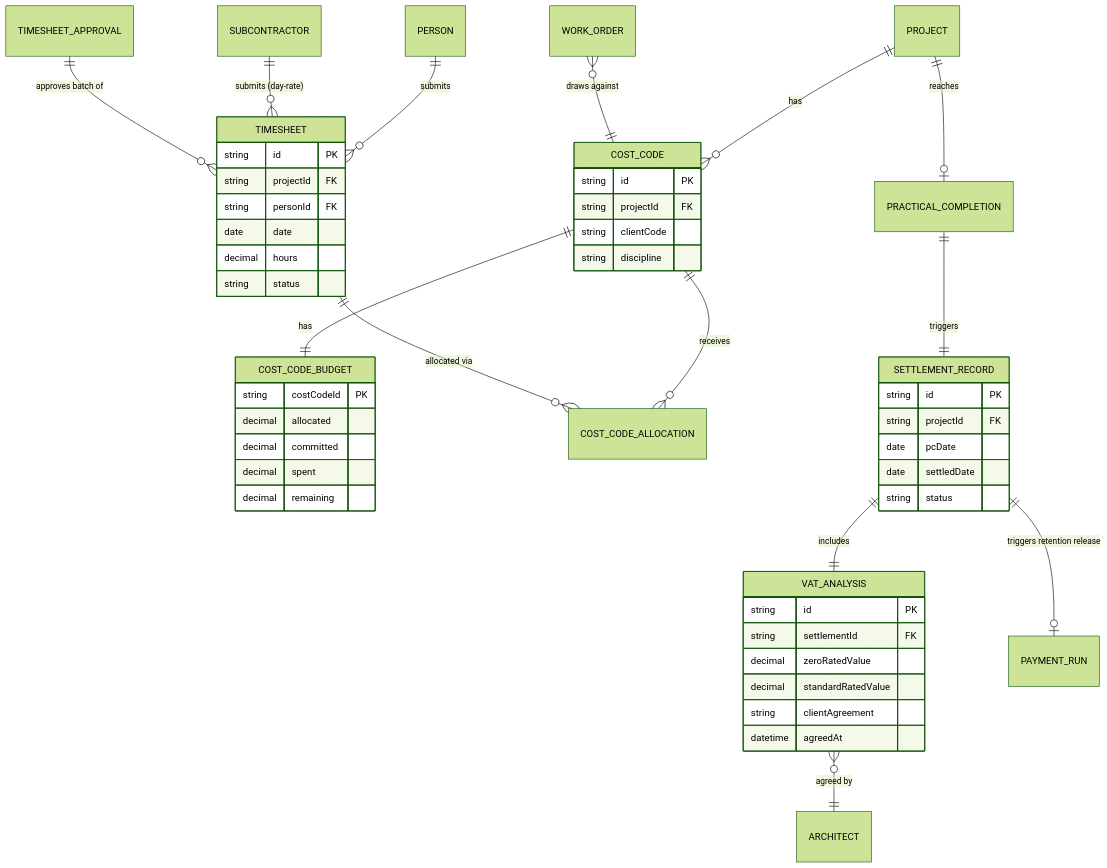
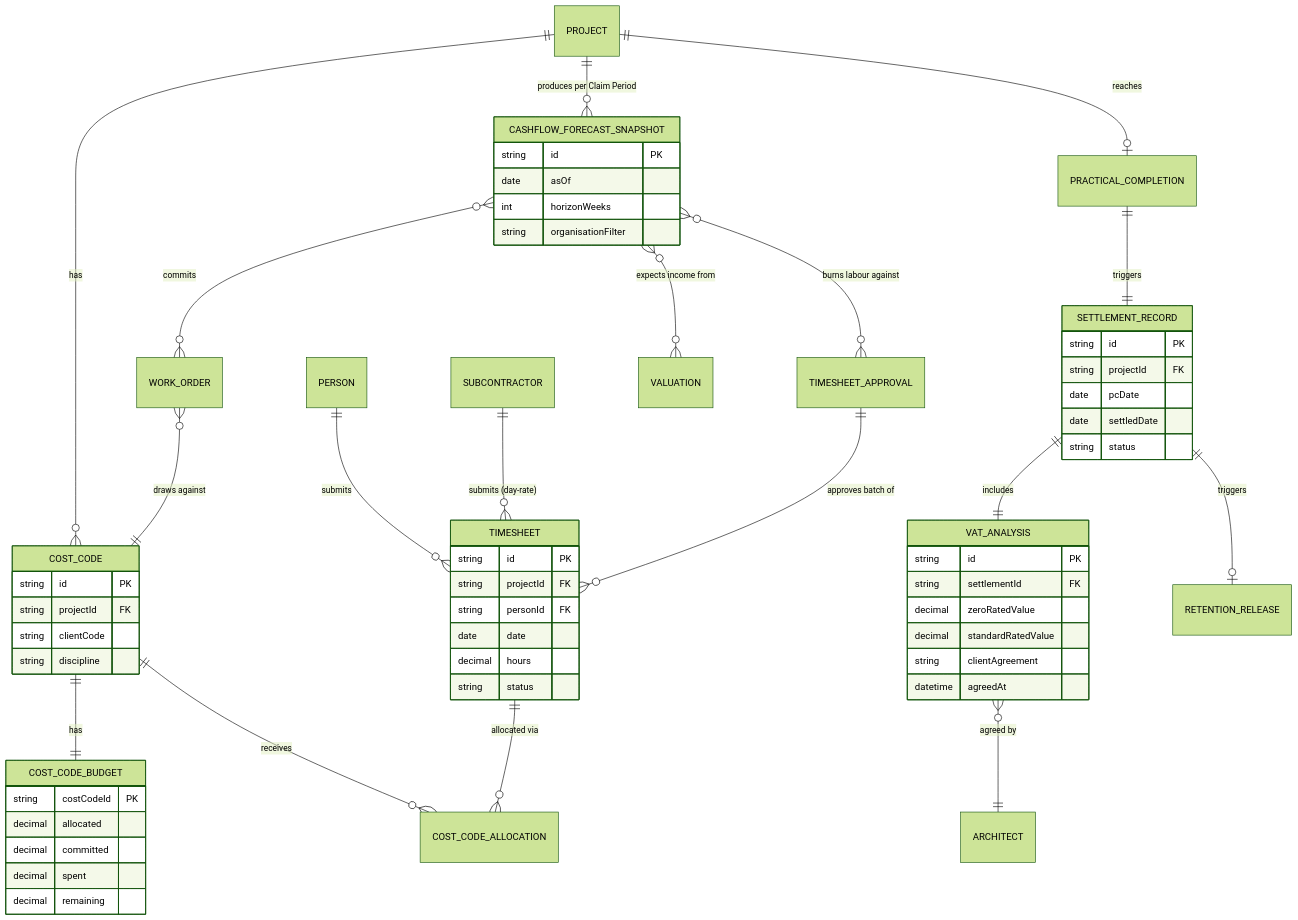
One commit to jamesbeadle/jewel-enterprises changed the third of 3 diagrams in docs/data-models/entity-relationship.md. Above: the diagram before and after it, drawn with Mermaid (forest theme). The commit also changed other lines of this file and 36 other files, not shown here.

````diff
--- a/docs/data-models/entity-relationship.md
+++ b/docs/data-models/entity-relationship.md
@@ -209,55 +107,66 @@
 ```mermaid
 erDiagram
     PROJECT ||--o{ COST_CODE : "has"
     COST_CODE ||--|| COST_CODE_BUDGET : "has"
     COST_CODE ||--o{ COST_CODE_ALLOCATION : "receives"
     WORK_ORDER }o--|| COST_CODE : "draws against"
 
     PERSON ||--o{ TIMESHEET : "submits"
     SUBCONTRACTOR ||--o{ TIMESHEET : "submits (day-rate)"
     TIMESHEET ||--o{ COST_CODE_ALLOCATION : "allocated via"
     TIMESHEET_APPROVAL ||--o{ TIMESHEET : "approves batch of"
 
+    PROJECT ||--o{ CASHFLOW_FORECAST_SNAPSHOT : "produces per Claim Period"
+    CASHFLOW_FORECAST_SNAPSHOT }o--o{ WORK_ORDER : "commits"
+    CASHFLOW_FORECAST_SNAPSHOT }o--o{ VALUATION : "expects income from"
+    CASHFLOW_FORECAST_SNAPSHOT }o--o{ TIMESHEET_APPROVAL : "burns labour against"
+
     PROJECT ||--o| PRACTICAL_COMPLETION : "reaches"
     PRACTICAL_COMPLETION ||--|| SETTLEMENT_RECORD : "triggers"
     SETTLEMENT_RECORD ||--|| VAT_ANALYSIS : "includes"
     VAT_ANALYSIS }o--|| ARCHITECT : "agreed by"
-    SETTLEMENT_RECORD ||--o| PAYMENT_RUN : "triggers retention release"
+    SETTLEMENT_RECORD ||--o| RETENTION_RELEASE : "triggers"
 
     COST_CODE {
         string id PK
         string projectId FK
         string clientCode
         string discipline
     }
     COST_CODE_BUDGET {
         string costCodeId PK
         decimal allocated
         decimal committed
         decimal spent
         decimal remaining
     }
     TIMESHEET {
         string id PK
         string projectId FK
         string personId FK
         date date
         decimal hours
         string status
     }
+    CASHFLOW_FORECAST_SNAPSHOT {
+        string id PK
+        date asOf
+        int horizonWeeks
+        string organisationFilter
+    }
     SETTLEMENT_RECORD {
         string id PK
         string projectId FK
         date pcDate
         date settledDate
         string status
     }
     VAT_ANALYSIS {
         string id PK
         string settlementId FK
         decimal zeroRatedValue
         decimal standardRatedValue
         string clientAgreement
         datetime agreedAt
     }
 ```
````
